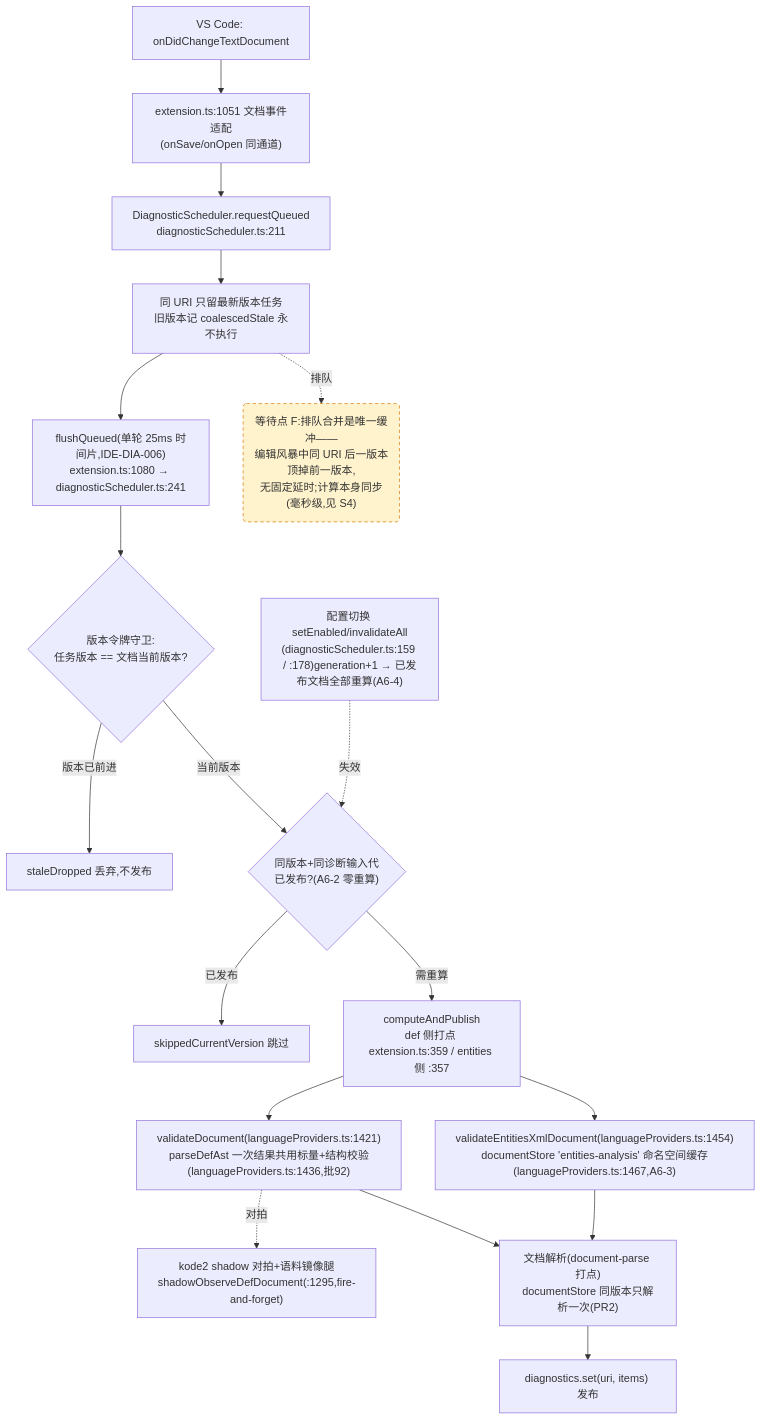
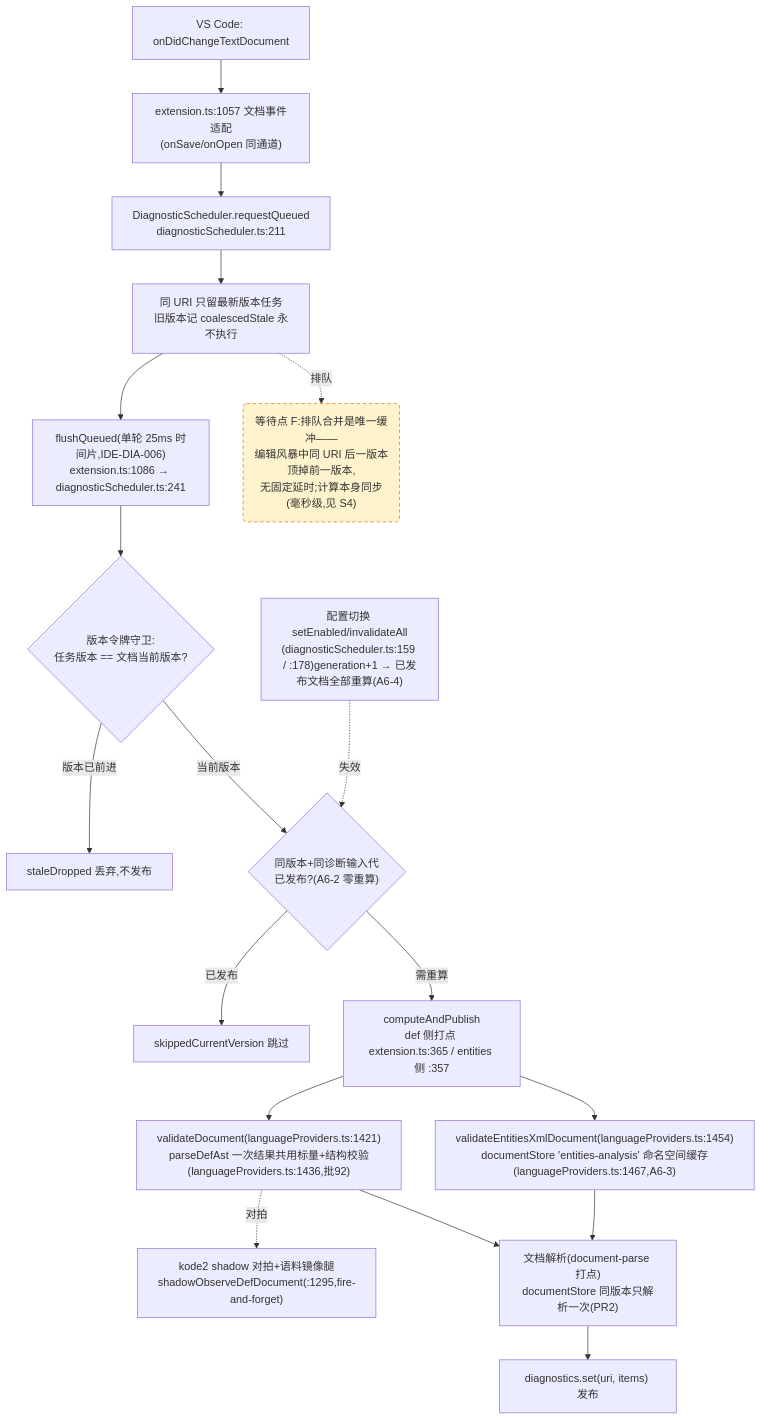
Before and after one commit to cuihairu/kode: the fourth of 4 diagrams in docs/perf/2026-baseline.md, drawn with Mermaid. The commit also changed other lines of this file and 9 other files, not shown here.

````diff
--- a/docs/perf/2026-baseline.md
+++ b/docs/perf/2026-baseline.md
@@ -214,38 +214,38 @@
 ```mermaid
 flowchart TD
   CHG["VS Code: onDidChangeTextDocument"]
-  WATCH["extension.ts:1051 文档事件适配<br/>(onSave/onOpen 同通道)"]
+  WATCH["extension.ts:1057 文档事件适配<br/>(onSave/onOpen 同通道)"]
   RQ["DiagnosticScheduler.requestQueued<br/>diagnosticScheduler.ts:211"]
   CO["同 URI 只留最新版本任务<br/>旧版本记 coalescedStale 永不执行"]
-  FL["flushQueued(单轮 25ms 时间片,IDE-DIA-006)<br/>extension.ts:1080 → diagnosticScheduler.ts:241"]
+  FL["flushQueued(单轮 25ms 时间片,IDE-DIA-006)<br/>extension.ts:1086 → diagnosticScheduler.ts:241"]
   VG{"版本令牌守卫:<br/>任务版本 == 文档当前版本?"}
   DROP["staleDropped 丢弃,不发布"]
   GEN{"同版本+同诊断输入代<br/>已发布?(A6-2 零重算)"}
   SKIP["skippedCurrentVersion 跳过"]
-  CALC["computeAndPublish<br/>def 侧打点 extension.ts:359 / entities 侧 :357"]
+  CALC["computeAndPublish<br/>def 侧打点 extension.ts:365 / entities 侧 :357"]
   VD["validateDocument(languageProviders.ts:1421)<br/>parseDefAst 一次结果共用标量+结构校验(languageProviders.ts:1436,批92)"]
   VEX["validateEntitiesXmlDocument(languageProviders.ts:1454)<br/>documentStore 'entities-analysis' 命名空间缓存(languageProviders.ts:1467,A6-3)"]
   SHDD["kode2 shadow 对拍+语料镜像腿<br/>shadowObserveDefDocument(:1295,fire-and-forget)"]
   DS["文档解析(document-parse 打点)<br/>documentStore 同版本只解析一次(PR2)"]
   PUB["diagnostics.set(uri, items) 发布"]
   CFG2["配置切换 setEnabled/invalidateAll<br/>(diagnosticScheduler.ts:159 / :178)generation+1 → 已发布文档全部重算(A6-4)"]
 
   CHG --> WATCH --> RQ --> CO --> FL --> VG
   VG -- "版本已前进" --> DROP
   VG -- "当前版本" --> GEN
   GEN -- "已发布" --> SKIP
   GEN -- "需重算" --> CALC
   CALC --> VD
   CALC --> VEX
   VD --> DS
   VEX --> DS
   DS --> PUB
   VD -.->|对拍| SHDD
   CFG2 -.->|失效| GEN
 
   WAITF("等待点 F:排队合并是唯一缓冲——<br/>编辑风暴中同 URI 后一版本顶掉前一版本,<br/>无固定延时;计算本身同步(毫秒级,见 S4)")
   CO -.->|排队| WAITF
 
   classDef waitPoint fill:#fff3cd,stroke:#d97706,stroke-dasharray:5 4;
   class WAITF waitPoint;
 ```
````
